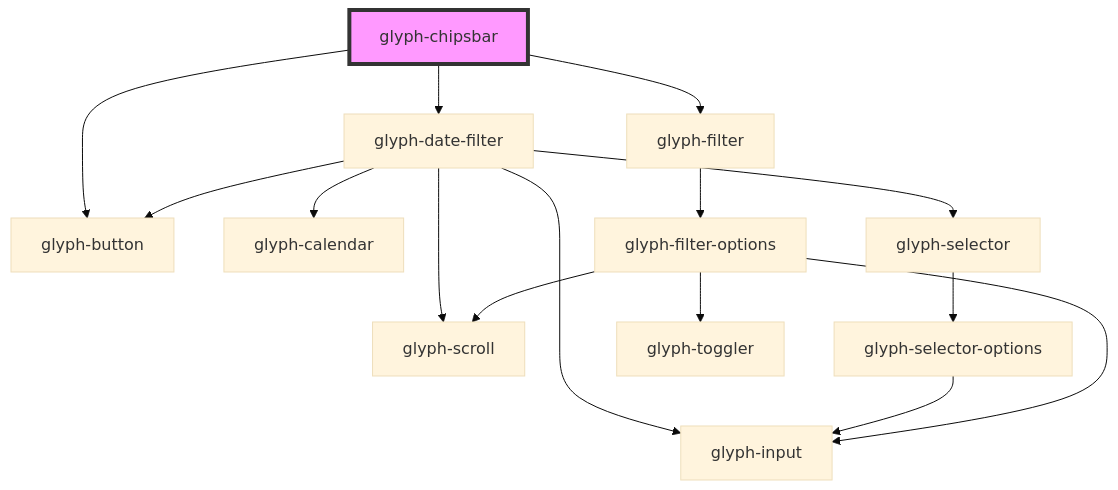
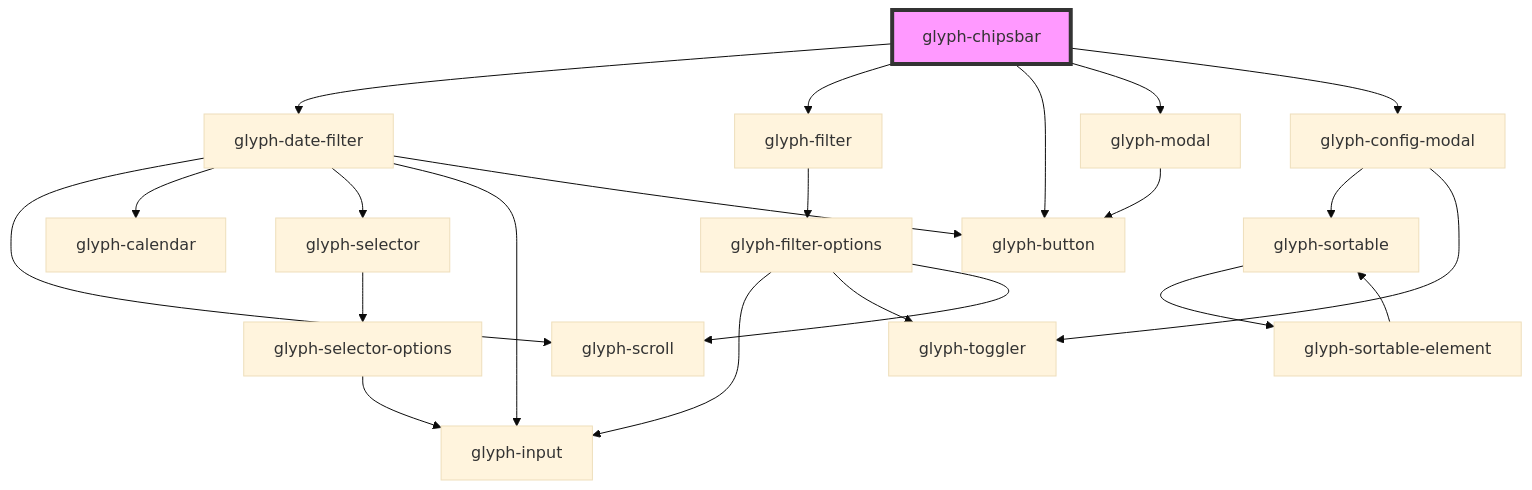
Before and after one commit to adrianiy/synth-ui: the diagram in packages/glyph-components/src/components/layouts/chipsbar/readme.md, drawn with Mermaid (base theme). The commit also changed other lines of this file and 34 other files, not shown here.

````diff
--- a/packages/glyph-components/src/components/layouts/chipsbar/readme.md
+++ b/packages/glyph-components/src/components/layouts/chipsbar/readme.md
@@ -36,18 +39,25 @@
 ```mermaid
 graph TD;
   glyph-chipsbar --> glyph-date-filter
   glyph-chipsbar --> glyph-filter
   glyph-chipsbar --> glyph-button
+  glyph-chipsbar --> glyph-modal
+  glyph-chipsbar --> glyph-config-modal
   glyph-date-filter --> glyph-scroll
   glyph-date-filter --> glyph-calendar
   glyph-date-filter --> glyph-selector
   glyph-date-filter --> glyph-input
   glyph-date-filter --> glyph-button
   glyph-selector --> glyph-selector-options
   glyph-selector-options --> glyph-input
   glyph-filter --> glyph-filter-options
   glyph-filter-options --> glyph-input
   glyph-filter-options --> glyph-toggler
   glyph-filter-options --> glyph-scroll
+  glyph-modal --> glyph-button
+  glyph-config-modal --> glyph-sortable
+  glyph-config-modal --> glyph-toggler
+  glyph-sortable --> glyph-sortable-element
+  glyph-sortable-element --> glyph-sortable
   style glyph-chipsbar fill:#f9f,stroke:#333,stroke-width:4px
 ```
````
